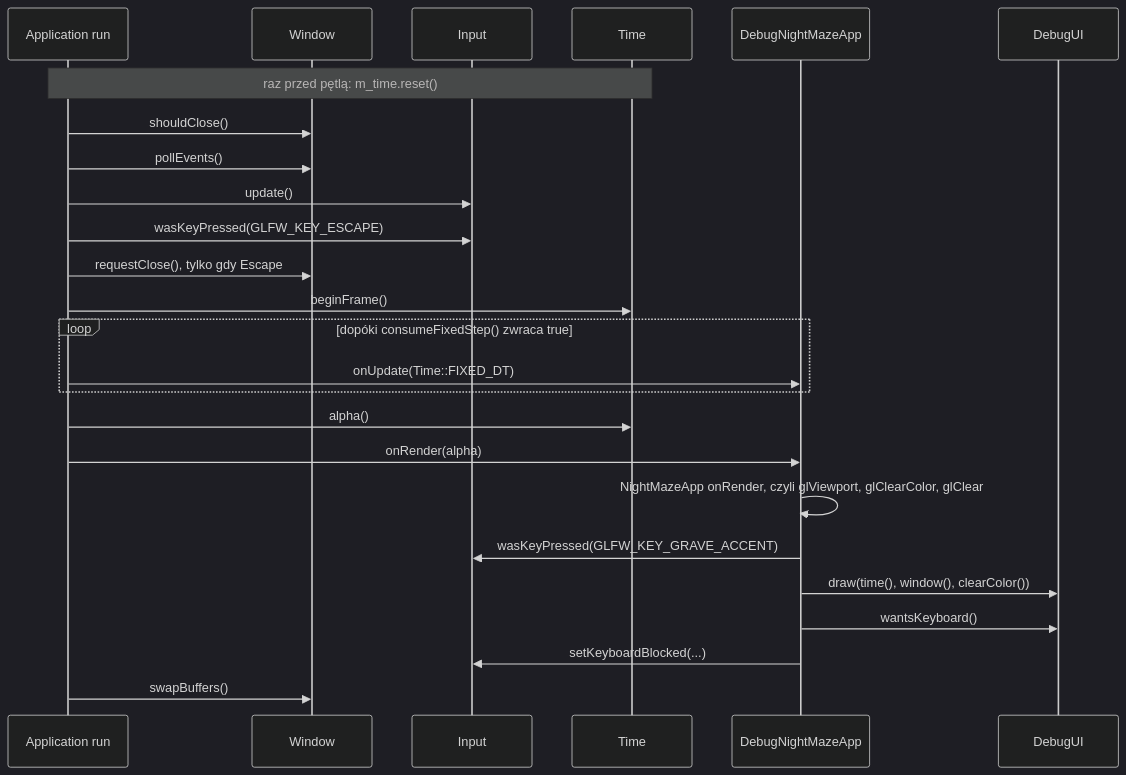
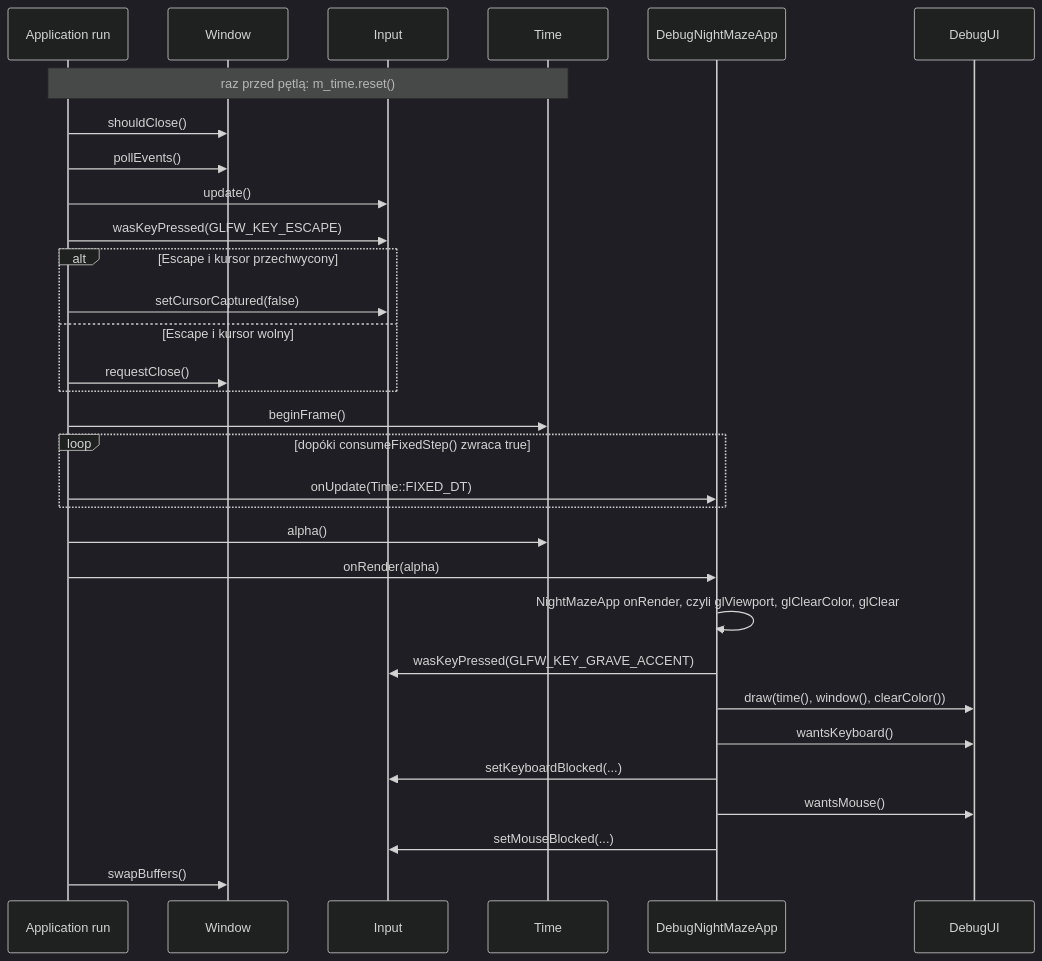
Before and after one commit to Shironex/night-maze: the second of 3 diagrams in docs/modules/core/README.md, drawn with Mermaid (dark theme). The commit also changed other lines of this file and 16 other files, not shown here.

First line of the commit message:
feat(core): add mouse input and a mouse blocked flag

````diff
--- a/docs/modules/core/README.md
+++ b/docs/modules/core/README.md
@@ -65,27 +65,33 @@
 ```mermaid
 sequenceDiagram
     participant Run as Application run
     participant Win as Window
     participant In as Input
     participant T as Time
     participant App as DebugNightMazeApp
     participant UI as DebugUI
     Note over Run,T: raz przed pętlą: m_time.reset()
     Run->>Win: shouldClose()
     Run->>Win: pollEvents()
     Run->>In: update()
     Run->>In: wasKeyPressed(GLFW_KEY_ESCAPE)
-    Run->>Win: requestClose(), tylko gdy Escape
+    alt Escape i kursor przechwycony
+        Run->>In: setCursorCaptured(false)
+    else Escape i kursor wolny
+        Run->>Win: requestClose()
+    end
     Run->>T: beginFrame()
     loop dopóki consumeFixedStep() zwraca true
         Run->>App: onUpdate(Time::FIXED_DT)
     end
     Run->>T: alpha()
     Run->>App: onRender(alpha)
     App->>App: NightMazeApp onRender, czyli glViewport, glClearColor, glClear
     App->>In: wasKeyPressed(GLFW_KEY_GRAVE_ACCENT)
     App->>UI: draw(time(), window(), clearColor())
     App->>UI: wantsKeyboard()
     App->>In: setKeyboardBlocked(...)
+    App->>UI: wantsMouse()
+    App->>In: setMouseBlocked(...)
     Run->>Win: swapBuffers()
 ```
````
